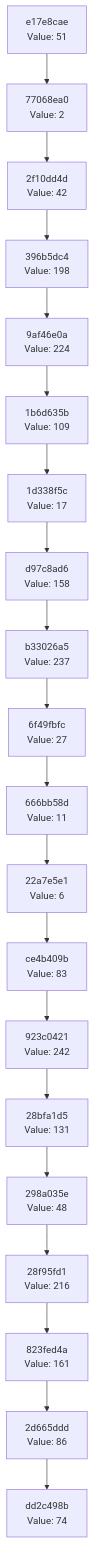
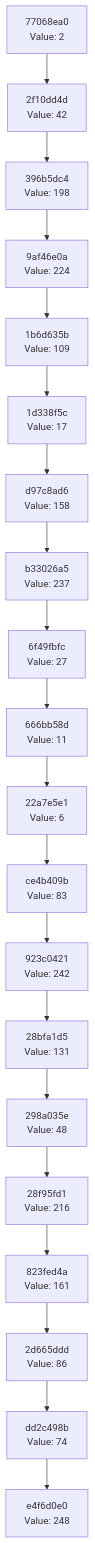
One commit to Abhisheksinha1506/hash-chain-evolver changed the diagram in docs/CHAIN_VISUALIZATION.md. Above: the diagram before and after it, drawn with Mermaid. The commit also changed 2 other files, not shown here.

Commit message:
Evolution Step

````diff
--- a/docs/CHAIN_VISUALIZATION.md
+++ b/docs/CHAIN_VISUALIZATION.md
@@ -3,42 +3,42 @@
 ```mermaid
 graph TD
-    C0["dd2c498b<br/>Value: 74"]
-    C1["2d665ddd<br/>Value: 86"]
+    C0["e4f6d0e0<br/>Value: 248"]
+    C1["dd2c498b<br/>Value: 74"]
     C1 --> C0
-    C2["823fed4a<br/>Value: 161"]
+    C2["2d665ddd<br/>Value: 86"]
     C2 --> C1
-    C3["28f95fd1<br/>Value: 216"]
+    C3["823fed4a<br/>Value: 161"]
     C3 --> C2
-    C4["298a035e<br/>Value: 48"]
+    C4["28f95fd1<br/>Value: 216"]
     C4 --> C3
-    C5["28bfa1d5<br/>Value: 131"]
+    C5["298a035e<br/>Value: 48"]
     C5 --> C4
-    C6["923c0421<br/>Value: 242"]
+    C6["28bfa1d5<br/>Value: 131"]
     C6 --> C5
-    C7["ce4b409b<br/>Value: 83"]
+    C7["923c0421<br/>Value: 242"]
     C7 --> C6
-    C8["22a7e5e1<br/>Value: 6"]
+    C8["ce4b409b<br/>Value: 83"]
     C8 --> C7
-    C9["666bb58d<br/>Value: 11"]
+    C9["22a7e5e1<br/>Value: 6"]
     C9 --> C8
-    C10["6f49fbfc<br/>Value: 27"]
+    C10["666bb58d<br/>Value: 11"]
     C10 --> C9
-    C11["b33026a5<br/>Value: 237"]
+    C11["6f49fbfc<br/>Value: 27"]
     C11 --> C10
-    C12["d97c8ad6<br/>Value: 158"]
+    C12["b33026a5<br/>Value: 237"]
     C12 --> C11
-    C13["1d338f5c<br/>Value: 17"]
+    C13["d97c8ad6<br/>Value: 158"]
     C13 --> C12
-    C14["1b6d635b<br/>Value: 109"]
+    C14["1d338f5c<br/>Value: 17"]
     C14 --> C13
-    C15["9af46e0a<br/>Value: 224"]
+    C15["1b6d635b<br/>Value: 109"]
     C15 --> C14
-    C16["396b5dc4<br/>Value: 198"]
+    C16["9af46e0a<br/>Value: 224"]
     C16 --> C15
-    C17["2f10dd4d<br/>Value: 42"]
+    C17["396b5dc4<br/>Value: 198"]
     C17 --> C16
-    C18["77068ea0<br/>Value: 2"]
+    C18["2f10dd4d<br/>Value: 42"]
     C18 --> C17
-    C19["e17e8cae<br/>Value: 51"]
+    C19["77068ea0<br/>Value: 2"]
     C19 --> C18
 ```
````
